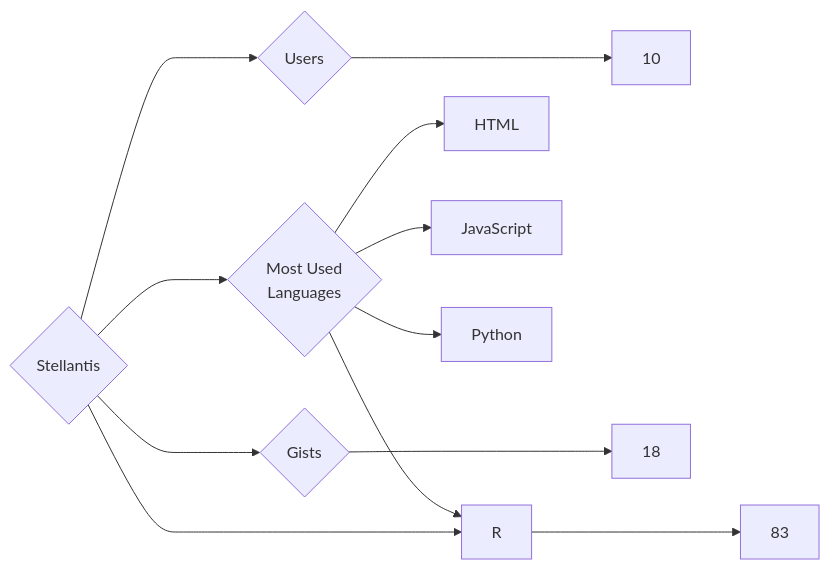
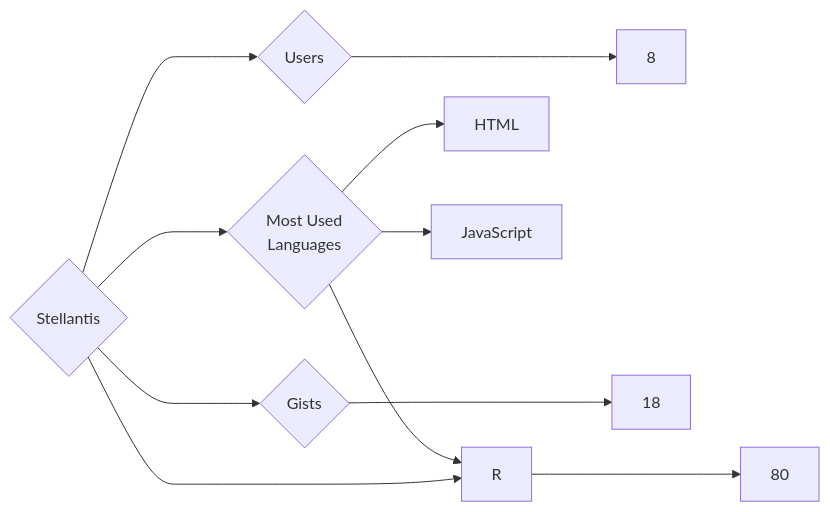
One commit to trickest/insiders changed the diagram in targets/Stellantis/README.md. Above: the diagram before and after it, drawn with Mermaid. The commit also changed 1248 other files, not shown here.

````diff
--- a/targets/Stellantis/README.md
+++ b/targets/Stellantis/README.md
@@ -3,12 +3,11 @@
 ```mermaid
 graph LR
 COMPANY_NAME{Stellantis}
-COMPANY_NAME ---> U{Users} ---> UN[10]
-COMPANY_NAME ---> R{Repositories} ---> RN[83]
+COMPANY_NAME ---> U{Users} ---> UN[8]
+COMPANY_NAME ---> R{Repositories} ---> RN[80]
 COMPANY_NAME ---> G{Gists} ---> GN[18]
 COMPANY_NAME ---> ML{Most Used<br>Languages}
 ML --> HTML[HTML]
 ML --> JavaScript[JavaScript]
 ML --> R[R]
-ML --> Python[Python]
 ```
````
